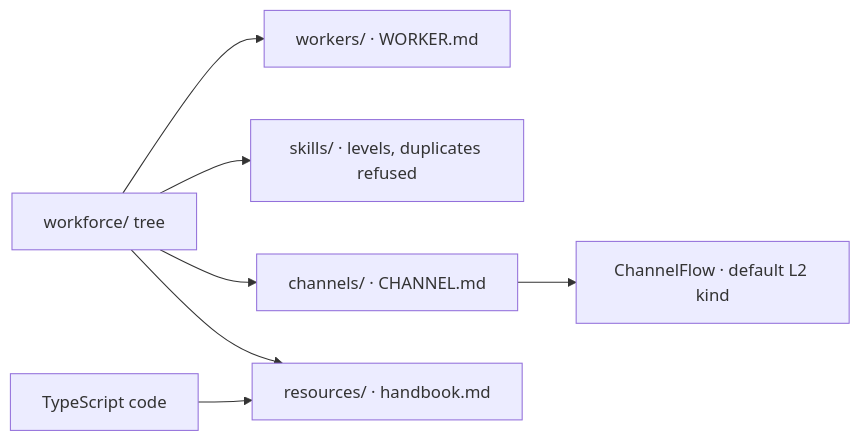
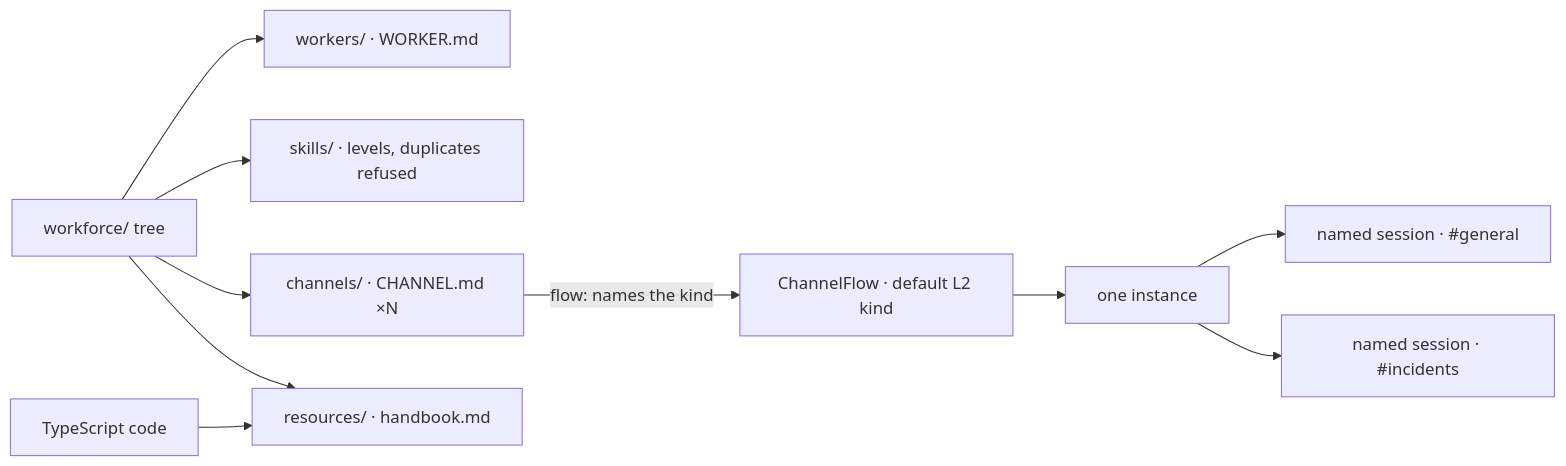
The second of 4 diagrams in spec/_epics/file-convention-surface.explainer.md (fixpoint-labs/flow-state-dev), drawn with Mermaid before and after one commit. The commit also changed other lines of this file and 1 other file, not shown here.

````diff
--- a/spec/_epics/file-convention-surface.explainer.md
+++ b/spec/_epics/file-convention-surface.explainer.md
@@ -30,9 +30,12 @@
 ```mermaid
 flowchart LR
   TREE["workforce/ tree"] --> W["workers/ · WORKER.md"]
   TREE --> SK["skills/ · levels, duplicates refused"]
-  TREE --> CH["channels/ · CHANNEL.md"]
+  TREE --> CH["channels/ · CHANNEL.md ×N"]
   TREE --> RES["resources/ · handbook.md"]
   CODE["TypeScript code"] --> RES
-  CH --> CF["ChannelFlow · default L2 kind"]
+  CH -->|"flow: names the kind"| CF["ChannelFlow · default L2 kind"]
+  CF --> INST["one instance"]
+  INST --> S1["named session · #general"]
+  INST --> S2["named session · #incidents"]
 ```
````
